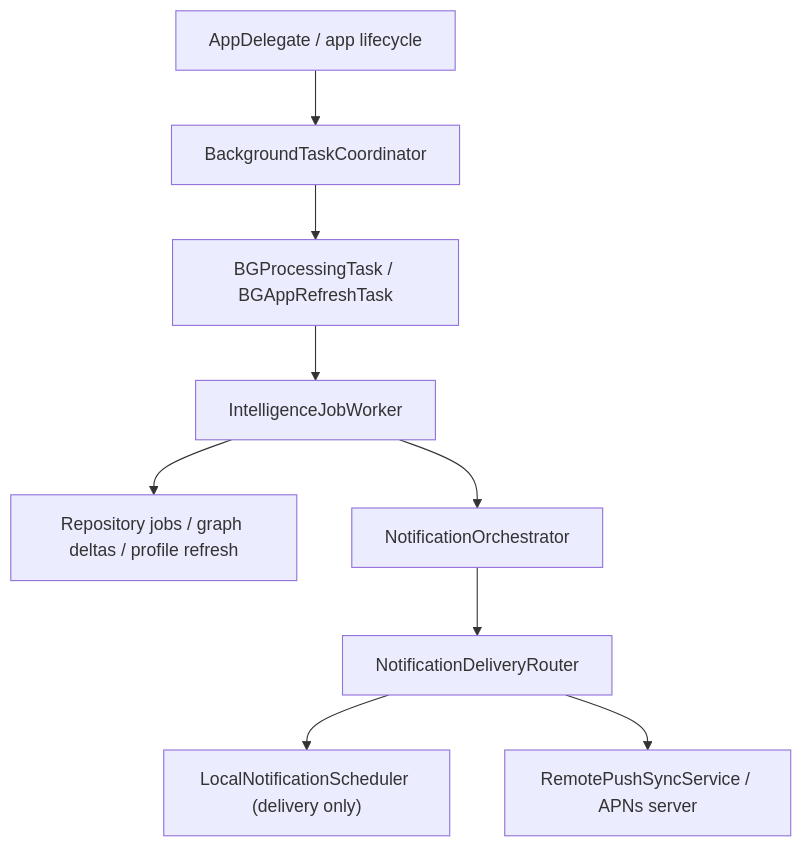
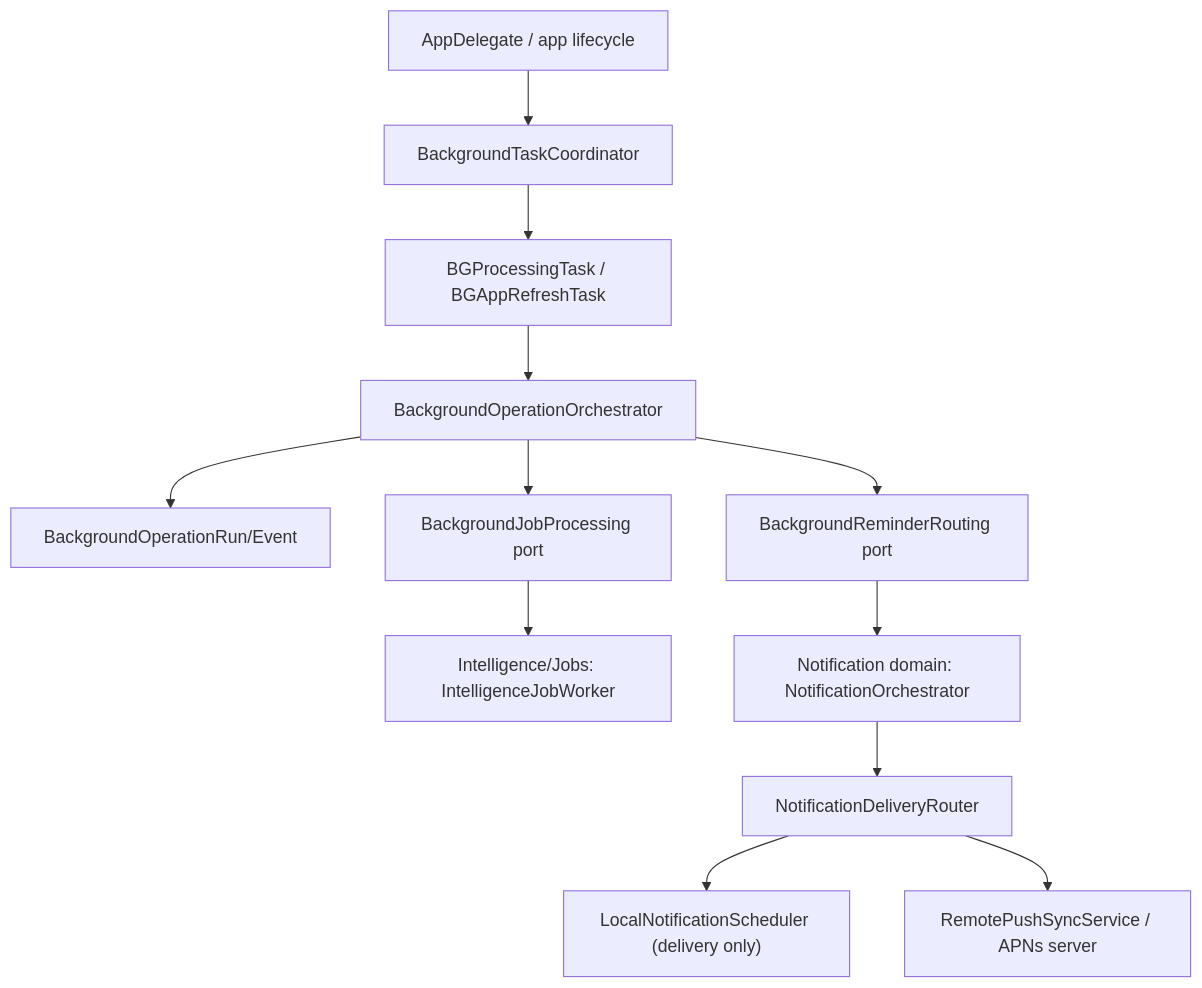
One commit to daaihang/sprout changed the eighth of 8 diagrams in docs/mory_architecture_handbook_2026_05/01_system_overview_and_runtime_flows.md. Above: the diagram before and after it, drawn with Mermaid. The commit also changed other lines of this file and 61 other files, not shown here.

Commit message:
refactor(background): unify background operation boundary

````diff
--- a/docs/mory_architecture_handbook_2026_05/01_system_overview_and_runtime_flows.md
+++ b/docs/mory_architecture_handbook_2026_05/01_system_overview_and_runtime_flows.md
@@ -252,11 +252,14 @@
 ```mermaid
 flowchart TD
     A["AppDelegate / app lifecycle"] --> B["BackgroundTaskCoordinator"]
     B --> C["BGProcessingTask / BGAppRefreshTask"]
-    C --> D["IntelligenceJobWorker"]
-    D --> E["Repository jobs / graph deltas / profile refresh"]
-    D --> F["NotificationOrchestrator"]
-    F --> G["NotificationDeliveryRouter"]
-    G --> H["LocalNotificationScheduler (delivery only)"]
-    G --> I["RemotePushSyncService / APNs server"]
+    C --> D["BackgroundOperationOrchestrator"]
+    D --> E["BackgroundOperationRun/Event"]
+    D --> F["BackgroundJobProcessing port"]
+    F --> G["Intelligence/Jobs: IntelligenceJobWorker"]
+    D --> H["BackgroundReminderRouting port"]
+    H --> I["Notification domain: NotificationOrchestrator"]
+    I --> J["NotificationDeliveryRouter"]
+    J --> K["LocalNotificationScheduler (delivery only)"]
+    J --> L["RemotePushSyncService / APNs server"]
 ```
````
